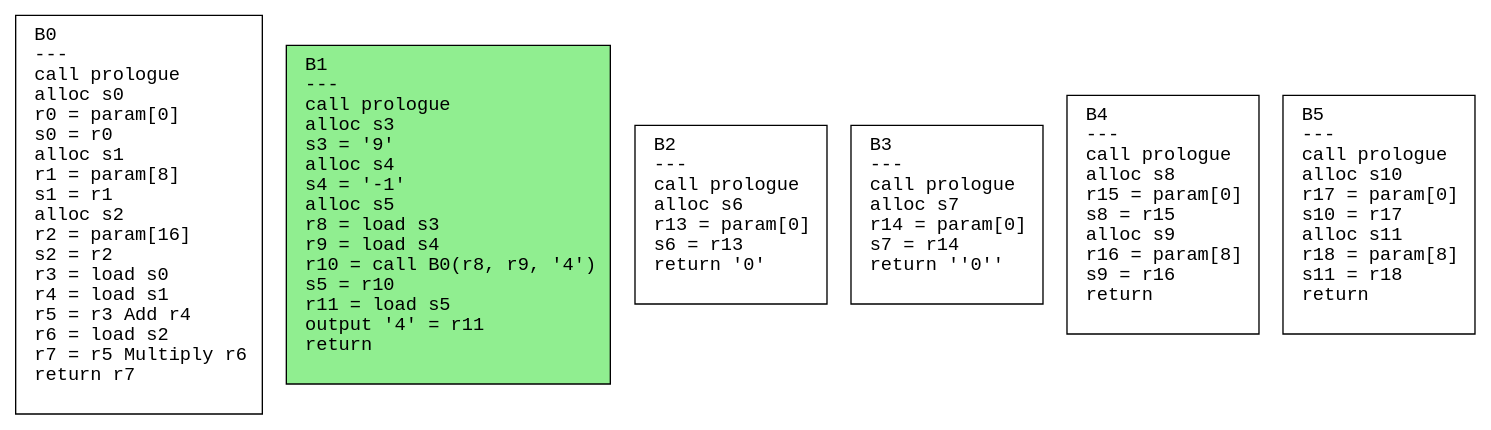
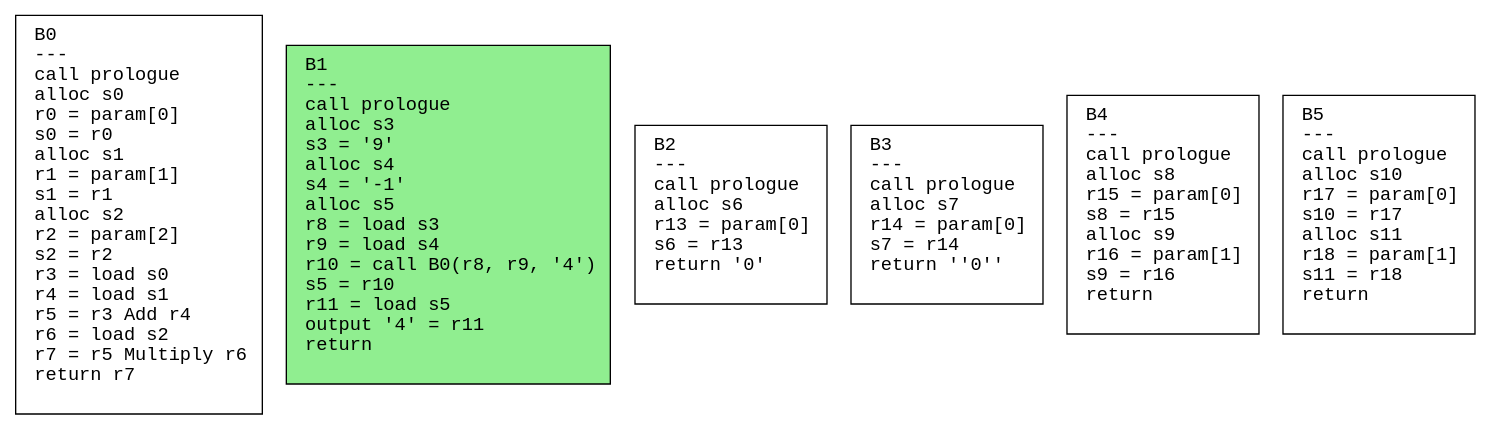
Before and after one commit to safarislava/ProcTranslator: the diagram in output/params.dot, drawn with Graphviz. The commit also changed 33 other files, not shown here.

```diff
--- a/output/params.dot
+++ b/output/params.dot
@@ -1,13 +1,13 @@
 digraph CFG {
   rankdir=TB;
   node [shape=box, fontname="Courier", style=filled, fillcolor=white, margin="0.2,0.1"];
   edge [fontname="Courier"];
 
-  "B0" [label="B0\l---\lcall prologue\lalloc s0\lr0 = param[0]\ls0 = r0\lalloc s1\lr1 = param[8]\ls1 = r1\lalloc s2\lr2 = param[16]\ls2 = r2\lr3 = load s0\lr4 = load s1\lr5 = r3 Add r4\lr6 = load s2\lr7 = r5 Multiply r6\lreturn r7\l "];
+  "B0" [label="B0\l---\lcall prologue\lalloc s0\lr0 = param[0]\ls0 = r0\lalloc s1\lr1 = param[1]\ls1 = r1\lalloc s2\lr2 = param[2]\ls2 = r2\lr3 = load s0\lr4 = load s1\lr5 = r3 Add r4\lr6 = load s2\lr7 = r5 Multiply r6\lreturn r7\l "];
   "B1" [label="B1\l---\lcall prologue\lalloc s3\ls3 = '9'\lalloc s4\ls4 = '-1'\lalloc s5\lr8 = load s3\lr9 = load s4\lr10 = call B0(r8, r9, '4')\ls5 = r10\lr11 = load s5\loutput '4' = r11\lreturn\l "];
   "B2" [label="B2\l---\lcall prologue\lalloc s6\lr13 = param[0]\ls6 = r13\lreturn '0'\l "];
   "B3" [label="B3\l---\lcall prologue\lalloc s7\lr14 = param[0]\ls7 = r14\lreturn ''0''\l "];
-  "B4" [label="B4\l---\lcall prologue\lalloc s8\lr15 = param[0]\ls8 = r15\lalloc s9\lr16 = param[8]\ls9 = r16\lreturn\l "];
-  "B5" [label="B5\l---\lcall prologue\lalloc s10\lr17 = param[0]\ls10 = r17\lalloc s11\lr18 = param[8]\ls11 = r18\lreturn\l "];
+  "B4" [label="B4\l---\lcall prologue\lalloc s8\lr15 = param[0]\ls8 = r15\lalloc s9\lr16 = param[1]\ls9 = r16\lreturn\l "];
+  "B5" [label="B5\l---\lcall prologue\lalloc s10\lr17 = param[0]\ls10 = r17\lalloc s11\lr18 = param[1]\ls11 = r18\lreturn\l "];
   "B1" [fillcolor=lightgreen];
 }
```
